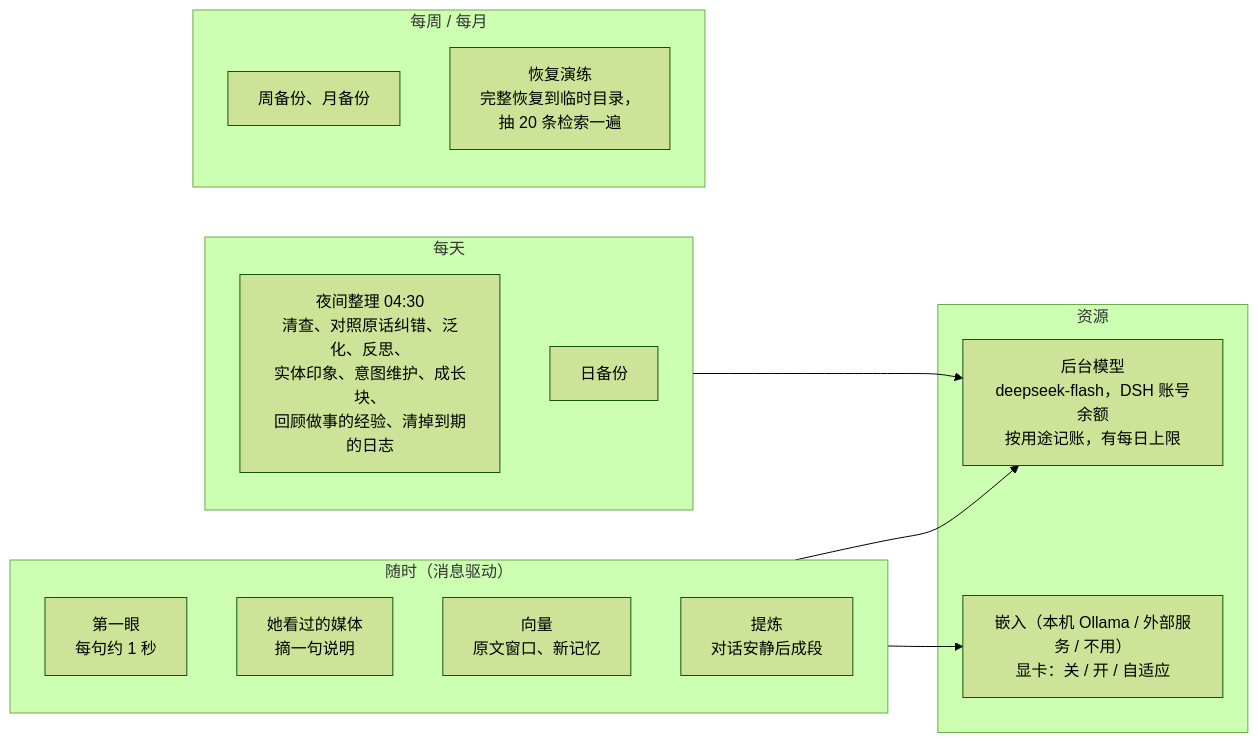
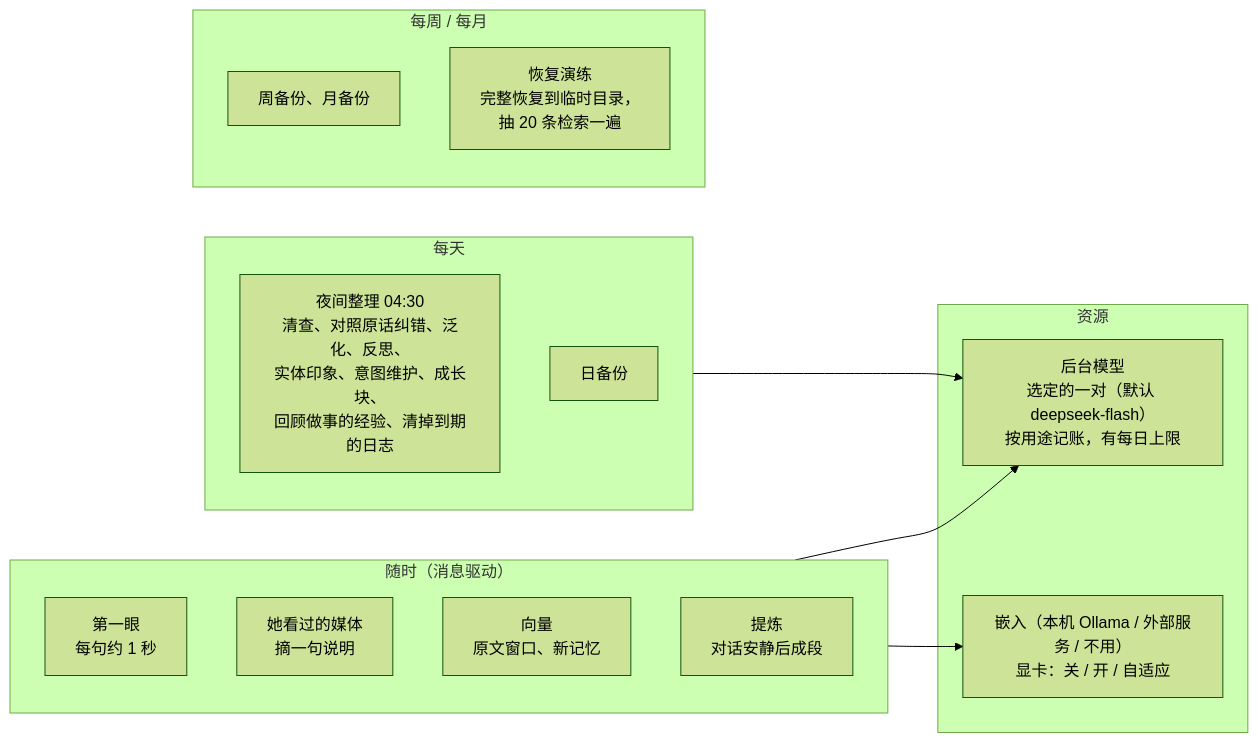
Before and after one commit to QiuYeDx/dsh-rugu: the tenth of 12 diagrams in docs/图解.md, drawn with Mermaid (forest theme). The commit also changed other lines of this file and 39 other files, not shown here.

````diff
--- a/docs/图解.md
+++ b/docs/图解.md
@@ -362,24 +362,24 @@
 ```mermaid
 flowchart LR
   subgraph RT["随时（消息驱动）"]
     a1["第一眼<br/>每句约 1 秒"]
     a2["她看过的媒体<br/>摘一句说明"]
     a3["向量<br/>原文窗口、新记忆"]
     a4["提炼<br/>对话安静后成段"]
   end
   subgraph DAY["每天"]
     b1["夜间整理 04:30<br/>清查、对照原话纠错、泛化、反思、<br/>实体印象、意图维护、成长块、<br/>回顾做事的经验、清掉到期的日志"]
     b2["日备份"]
   end
   subgraph WEEK["每周 / 每月"]
     c1["周备份、月备份"]
     c2["恢复演练<br/>完整恢复到临时目录，<br/>抽 20 条检索一遍"]
   end
   subgraph RES["资源"]
-    r1["后台模型<br/>deepseek-flash，DSH 账号余额<br/>按用途记账，有每日上限"]
+    r1["后台模型<br/>选定的一对（默认 deepseek-flash）<br/>按用途记账，有每日上限"]
     r2["嵌入（本机 Ollama / 外部服务 / 不用）<br/>显卡：关 / 开 / 自适应"]
   end
   RT --> r1
   RT --> r2
   DAY --> r1
 ```
````
